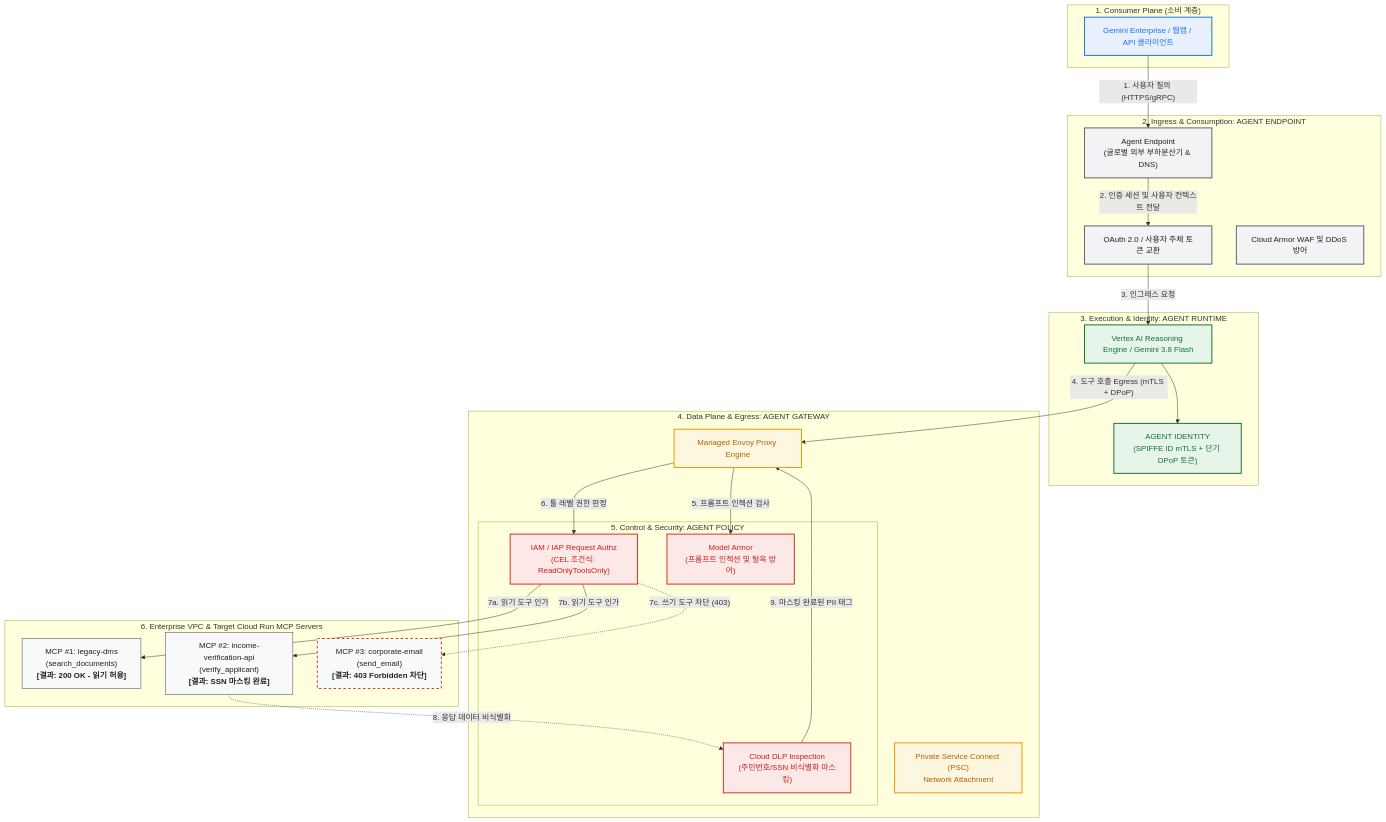
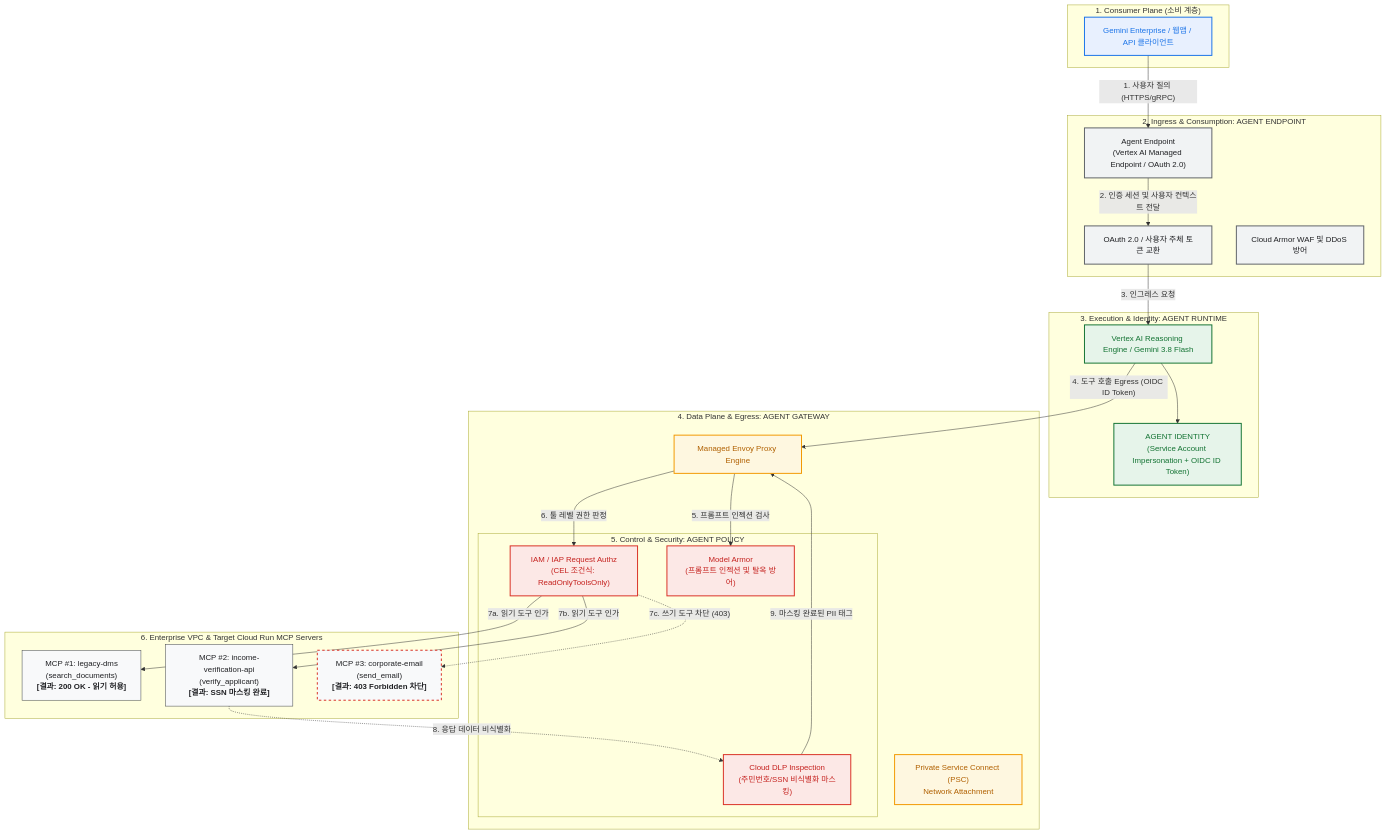
The diagram in README.ko.md (ddiger/gemini-enterprise-agent-engine), drawn with Mermaid before and after one commit. The commit also changed other lines of this file and 11 other files, not shown here.

Commit message:
fix(review): commit example.tfvars, fix .gitignore, PEP 735 dependency groups, ground architecture docs, and enforce Tool Allowlist in IAP CEL

````diff
--- a/README.ko.md
+++ b/README.ko.md
@@ -15,58 +15,58 @@
 ```mermaid
 flowchart TD
     classDef client fill:#E8F0FE,stroke:#1A73E8,stroke-width:2px,color:#1A73E8;
     classDef ingress fill:#F1F3F4,stroke:#5F6368,stroke-width:2px,color:#202124;
     classDef runtime fill:#E6F4EA,stroke:#137333,stroke-width:2px,color:#137333;
     classDef gateway fill:#FEF7E0,stroke:#F29900,stroke-width:2px,color:#B06000;
     classDef policy fill:#FCE8E6,stroke:#D93025,stroke-width:2px,color:#C5221F;
     classDef backend fill:#F8F9FA,stroke:#3C4043,stroke-width:1px,color:#202124;
 
     subgraph CLIENT_LAYER["1. Consumer Plane (소비 계층)"]
         Client["Gemini Enterprise / 웹앱 / API 클라이언트"]:::client
     end
 
     subgraph INGRESS_LAYER["2. Ingress & Consumption: AGENT ENDPOINT"]
-        Endpoint["Agent Endpoint<br/>(글로벌 외부 부하분산기 & DNS)"]:::ingress
+        Endpoint["Agent Endpoint<br/>(Vertex AI Managed Endpoint / OAuth 2.0)"]:::ingress
         OAuth["OAuth 2.0 / 사용자 주체 토큰 교환"]:::ingress
         CloudArmor["Cloud Armor WAF 및 DDoS 방어"]:::ingress
     end
 
     subgraph RUNTIME_LAYER["3. Execution & Identity: AGENT RUNTIME"]
         Runtime["Vertex AI Reasoning Engine / Gemini 3.8 Flash"]:::runtime
-        Identity["AGENT IDENTITY<br/>(SPIFFE ID mTLS + 단기 DPoP 토큰)"]:::runtime
+        Identity["AGENT IDENTITY<br/>(Service Account Impersonation + OIDC ID Token)"]:::runtime
     end
 
     subgraph GATEWAY_LAYER["4. Data Plane & Egress: AGENT GATEWAY"]
         Envoy["Managed Envoy Proxy Engine"]:::gateway
         PSC["Private Service Connect (PSC)<br/>Network Attachment"]:::gateway
         
         subgraph POLICY_LAYER["5. Control & Security: AGENT POLICY"]
             CEL["IAM / IAP Request Authz<br/>(CEL 조건식: ReadOnlyToolsOnly)"]:::policy
             ModelArmor["Model Armor<br/>(프롬프트 인젝션 및 탈옥 방어)"]:::policy
             DLP["Cloud DLP Inspection<br/>(주민번호/SSN 비식별화 마스킹)"]:::policy
         end
     end
 
     subgraph BACKEND_LAYER["6. Enterprise VPC & Target Cloud Run MCP Servers"]
         DMS["MCP #1: legacy-dms<br/>(search_documents)<br/><b>[결과: 200 OK - 읽기 허용]</b>"]:::backend
         Payroll["MCP #2: income-verification-api<br/>(verify_applicant)<br/><b>[결과: SSN 마스킹 완료]</b>"]:::backend
         Email["MCP #3: corporate-email<br/>(send_email)<br/><b>[결과: 403 Forbidden 차단]</b>"]:::backend
     end
 
     Client -->|"1. 사용자 질의 (HTTPS/gRPC)"| Endpoint
     Endpoint -->|"2. 인증 세션 및 사용자 컨텍스트 전달"| OAuth
     OAuth -->|"3. 인그레스 요청"| Runtime
     Runtime --> Identity
-    Runtime -->|"4. 도구 호출 Egress (mTLS + DPoP)"| Envoy
+    Runtime -->|"4. 도구 호출 Egress (OIDC ID Token)"| Envoy
 
     Envoy -->|"5. 프롬프트 인젝션 검사"| ModelArmor
     Envoy -->|"6. 툴 레벨 권한 판정"| CEL
     
     CEL -->|"7a. 읽기 도구 인가"| DMS
     CEL -->|"7b. 읽기 도구 인가"| Payroll
     Payroll -.->|"8. 응답 데이터 비식별화"| DLP
     DLP -->|"9. 마스킹 완료된 PII 태그"| Envoy
     
     CEL -.->|"7c. 쓰기 도구 차단 (403)"| Email
     style Email stroke:#D93025,stroke-width:2px,stroke-dasharray: 5 5;
 ```
````
